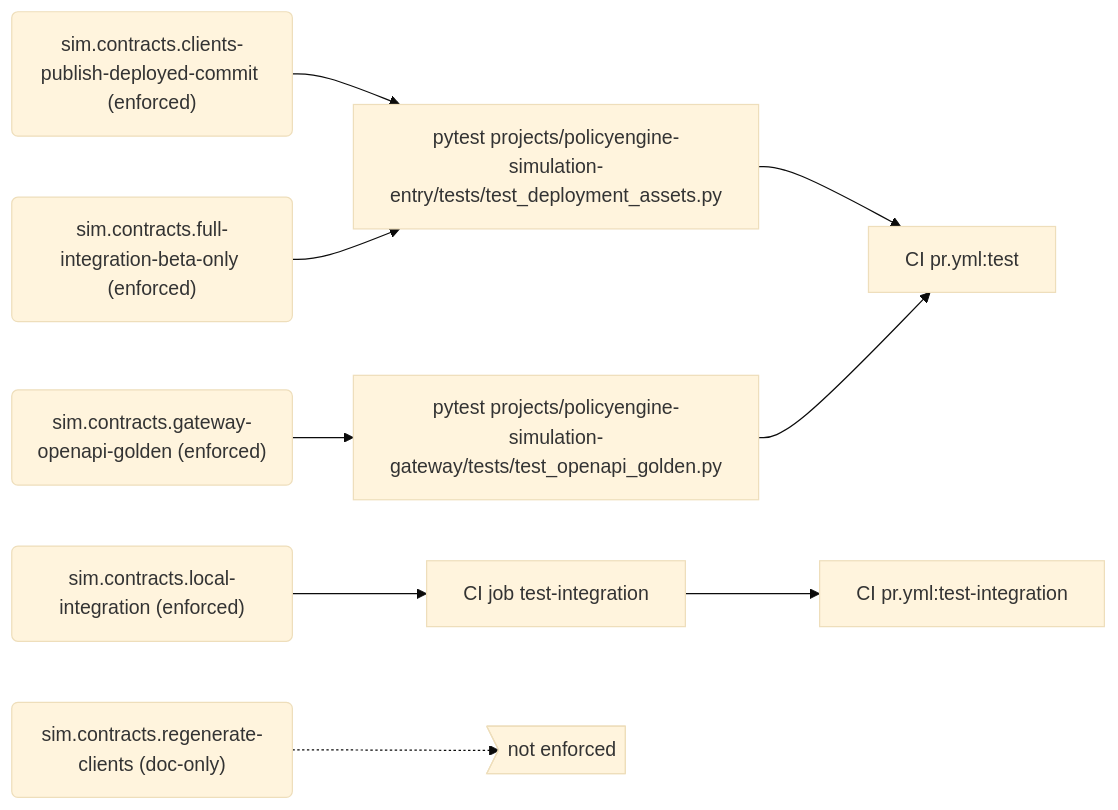
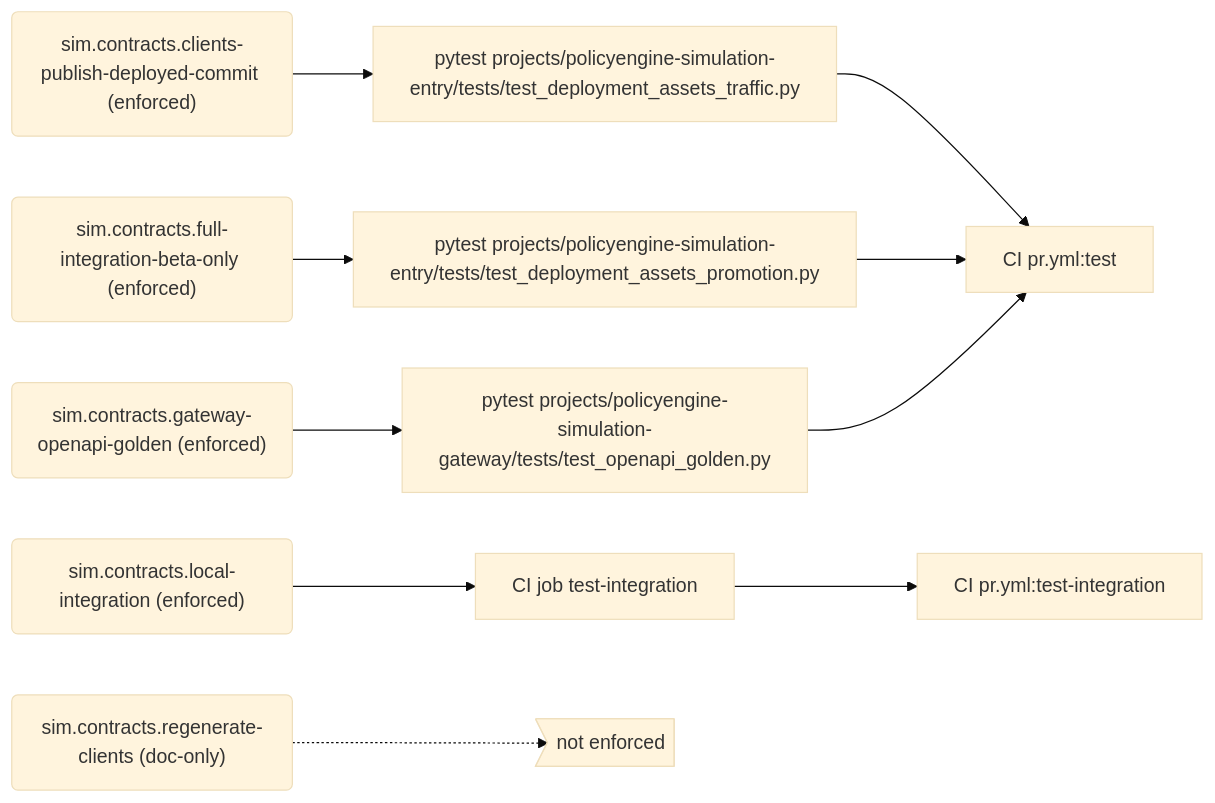
Before and after one commit to PolicyEngine/policyengine-sim-api: the fourth of 10 diagrams in docs/generated/rules.md, drawn with Mermaid (base theme). The commit also changed other lines of this file and 14 other files, not shown here.

First line of the commit message:
Split the entrypoint app and its deployment asset tests

````diff
--- a/docs/generated/rules.md
+++ b/docs/generated/rules.md
@@ -212,22 +230,24 @@
 ```mermaid
 flowchart LR
   r_sim_contracts_clients_publish_deployed_commit("sim.contracts.clients-publish-deployed-commit (enforced)")
-  e_pytest_projects_policyengine_simulation_entry_tests_test_deployment_assets_py["pytest projects/policyengine-simulation-entry/tests/test_deployment_assets.py"]
+  e_pytest_projects_policyengine_simulation_entry_tests_test_deployment_assets_traffic_py["pytest projects/policyengine-simulation-entry/tests/test_deployment_assets_traffic.py"]
   j_CI_pr_yml_test["CI pr.yml:test"]
   r_sim_contracts_full_integration_beta_only("sim.contracts.full-integration-beta-only (enforced)")
+  e_pytest_projects_policyengine_simulation_entry_tests_test_deployment_assets_promotion_py["pytest projects/policyengine-simulation-entry/tests/test_deployment_assets_promotion.py"]
   r_sim_contracts_gateway_openapi_golden("sim.contracts.gateway-openapi-golden (enforced)")
   e_pytest_projects_policyengine_simulation_gateway_tests_test_openapi_golden_py["pytest projects/policyengine-simulation-gateway/tests/test_openapi_golden.py"]
   r_sim_contracts_local_integration("sim.contracts.local-integration (enforced)")
   e_CI_job_test_integration["CI job test-integration"]
   j_CI_pr_yml_test_integration["CI pr.yml:test-integration"]
   r_sim_contracts_regenerate_clients("sim.contracts.regenerate-clients (doc-only)")
   gap_unenforced>"not enforced"]
-  r_sim_contracts_clients_publish_deployed_commit --> e_pytest_projects_policyengine_simulation_entry_tests_test_deployment_assets_py
-  e_pytest_projects_policyengine_simulation_entry_tests_test_deployment_assets_py --> j_CI_pr_yml_test
-  r_sim_contracts_full_integration_beta_only --> e_pytest_projects_policyengine_simulation_entry_tests_test_deployment_assets_py
+  r_sim_contracts_clients_publish_deployed_commit --> e_pytest_projects_policyengine_simulation_entry_tests_test_deployment_assets_traffic_py
+  e_pytest_projects_policyengine_simulation_entry_tests_test_deployment_assets_traffic_py --> j_CI_pr_yml_test
+  r_sim_contracts_full_integration_beta_only --> e_pytest_projects_policyengine_simulation_entry_tests_test_deployment_assets_promotion_py
+  e_pytest_projects_policyengine_simulation_entry_tests_test_deployment_assets_promotion_py --> j_CI_pr_yml_test
   r_sim_contracts_gateway_openapi_golden --> e_pytest_projects_policyengine_simulation_gateway_tests_test_openapi_golden_py
   e_pytest_projects_policyengine_simulation_gateway_tests_test_openapi_golden_py --> j_CI_pr_yml_test
   r_sim_contracts_local_integration --> e_CI_job_test_integration
   e_CI_job_test_integration --> j_CI_pr_yml_test_integration
   r_sim_contracts_regenerate_clients -.-> gap_unenforced
 ```
````
